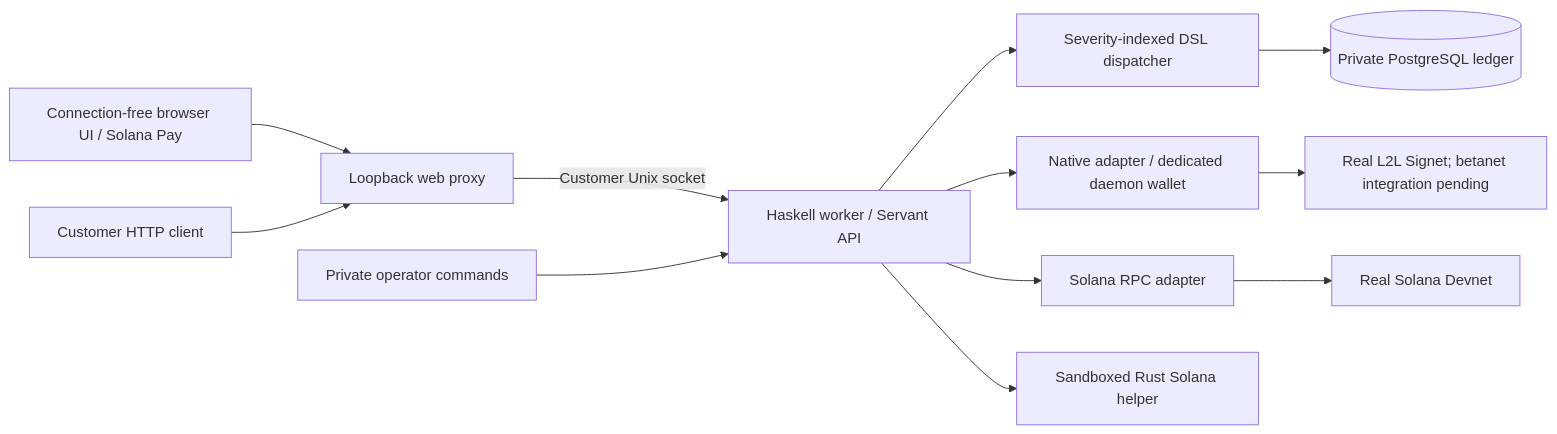
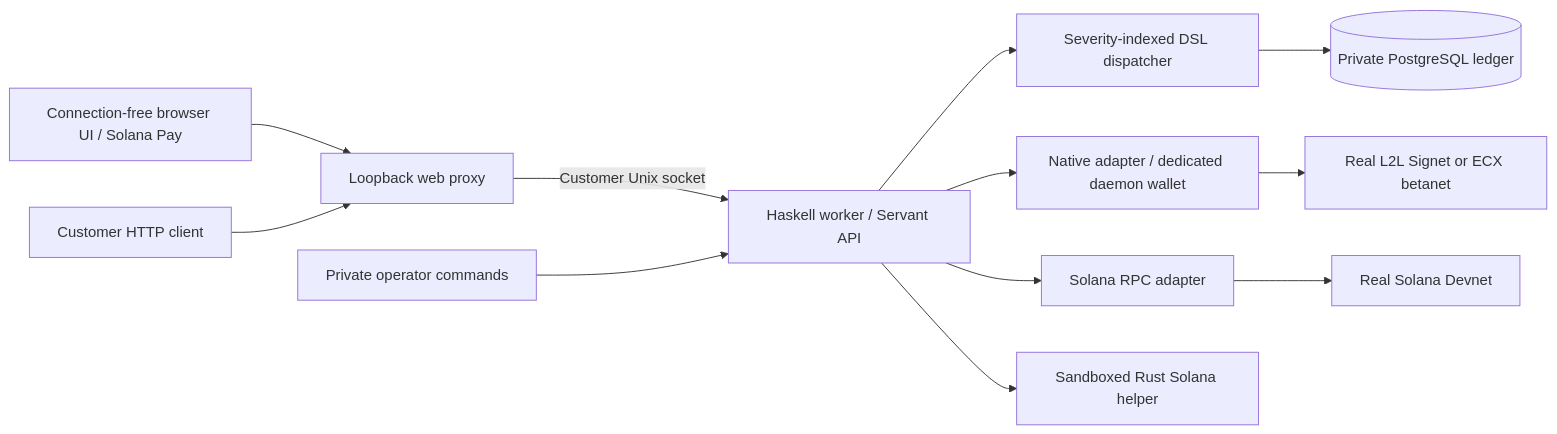
One commit to freewillydev/ecx-solana-bridge changed the diagram in README.md. Above: the diagram before and after it, drawn with Mermaid. The commit also changed other lines of this file and 11 other files, not shown here.

````diff
--- a/README.md
+++ b/README.md
@@ -30,14 +30,14 @@
 ```mermaid
 flowchart LR
     Browser[Connection-free browser UI / Solana Pay] --> Web[Loopback web proxy]
     Client[Customer HTTP client] --> Web
     Web -->|Customer Unix socket| Worker[Haskell worker / Servant API]
     Operator[Private operator commands] --> Worker
     Worker --> Dispatcher[Severity-indexed DSL dispatcher]
     Dispatcher --> Ledger[(Private PostgreSQL ledger)]
     Worker --> Native[Native adapter / dedicated daemon wallet]
     Worker --> Solana[Solana RPC adapter]
     Worker --> Helper[Sandboxed Rust Solana helper]
-    Native --> NativeChain[Real L2L Signet; betanet integration pending]
+    Native --> NativeChain[Real L2L Signet or ECX betanet]
     Solana --> SolanaChain[Real Solana Devnet]
 ```
````
